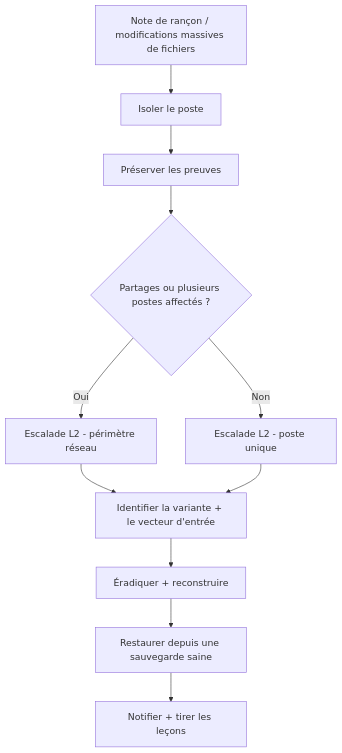
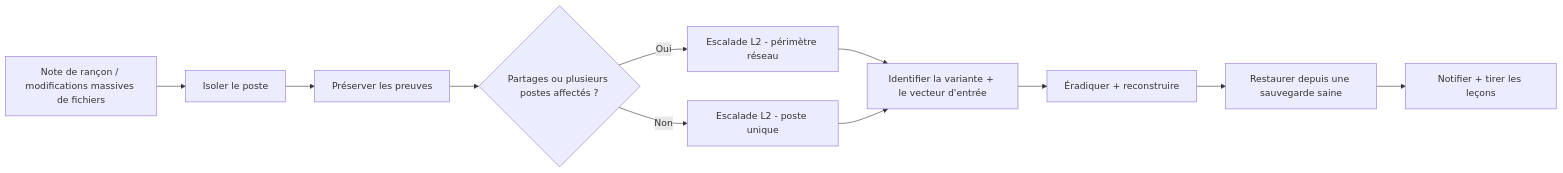
The diagram in docs/fr/runbooks/ransomware.md (MiracleDvm/ir-firstline), drawn with Mermaid before and after one commit. The commit also changed other lines of this file and 26 other files, not shown here.

Commit message:
Fix decision-tree diagram sizing/legibility, add PDF export, land tool links -- Convert decision trees to horizontal/collapsible, link cited tools/sources

````diff
--- a/docs/fr/runbooks/ransomware.md
+++ b/docs/fr/runbooks/ransomware.md
@@ -30,13 +32,13 @@
-```mermaid
-flowchart TD
-    A[Note de rançon / modifications massives de fichiers] --> B[Isoler le poste]
-    B --> C[Préserver les preuves]
-    C --> D{Partages ou plusieurs postes affectés ?}
-    D -->|Oui| E[Escalade L2 - périmètre réseau]
-    D -->|Non| F[Escalade L2 - poste unique]
-    E --> G[Identifier la variante + le vecteur d'entrée]
-    F --> G
-    G --> H[Éradiquer + reconstruire]
-    H --> I[Restaurer depuis une sauvegarde saine]
-    I --> J[Notifier + tirer les leçons]
-```
+    ```mermaid
+    flowchart LR
+        A[Note de rançon / modifications massives de fichiers] --> B[Isoler le poste]
+        B --> C[Préserver les preuves]
+        C --> D{Partages ou plusieurs postes affectés ?}
+        D -->|Oui| E[Escalade L2 - périmètre réseau]
+        D -->|Non| F[Escalade L2 - poste unique]
+        E --> G[Identifier la variante + le vecteur d'entrée]
+        F --> G
+        G --> H[Éradiquer + reconstruire]
+        H --> I[Restaurer depuis une sauvegarde saine]
+        I --> J[Notifier + tirer les leçons]
+    ```
````
